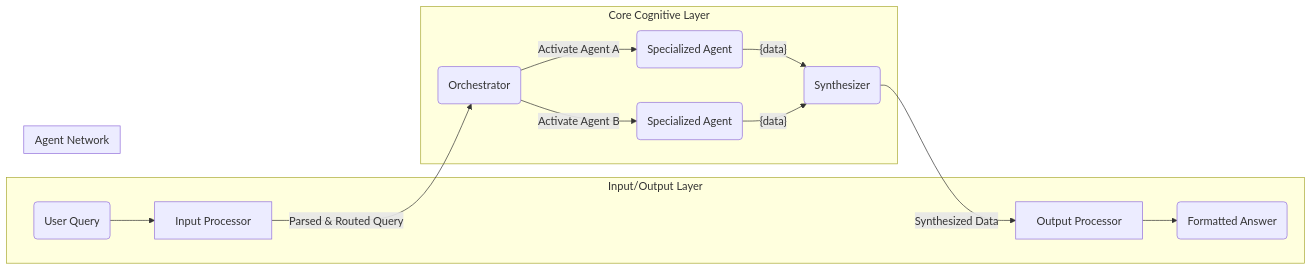
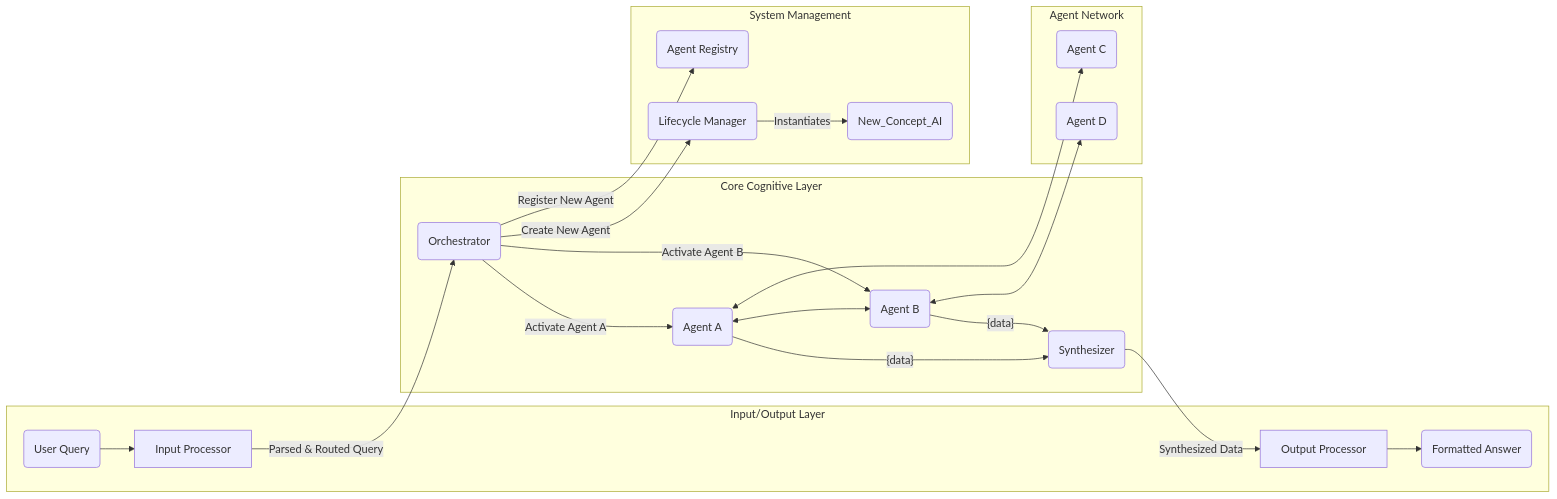
Before and after one commit to Pyramid-Systems-Inc/Myriad-Mind: the diagram in README.md, drawn with Mermaid. The commit also changed other lines of this file, not shown here.

Commit message:
Update README with efficiency principle and architecture details
- Add "Efficiency and Resource Frugality" principle to highlight the importance of computational efficiency in the Myriad architecture.
- Enhance architecture diagram to show agent interactions and system management components like Lifecycle Manager and Agent Registry.
- Update Lifecycle Manager description to reflect its integral role in v1.0 for dynamic agent creation (Neurogenesis).

````diff
--- a/README.md
+++ b/README.md
@@ -19,21 +20,28 @@
 ```mermaid
 graph LR
     subgraph Input/Output Layer
         UserInput(User Query) --> IP[Input Processor];
         OP[Output Processor] --> FinalAnswer(Formatted Answer);
     end
 
     subgraph Core Cognitive Layer
         IP -- Parsed & Routed Query --> O(Orchestrator);
         O -- "Activate Agent A" --> A1(Agent A);
         O -- "Activate Agent B" --> A2(Agent B);
         A1 -- {data} --> S(Synthesizer);
         A2 -- {data} --> S;
         S -- Synthesized Data --> OP;
     end
 
     subgraph Agent Network
-        A1("Specialized Agent")
-        A2("Specialized Agent")
+        A1("Agent A") <--> A2("Agent B");
+        A1 <--> A3("Agent C");
+        A2 <--> A4("Agent D");
+    end
+
+    subgraph System Management
+        O -- "Create New Agent" --> LM(Lifecycle Manager);
+        LM -- Instantiates --> A_new(New_Concept_AI);
+        O -- "Register New Agent" --> R(Agent Registry);
     end
 ```
````
